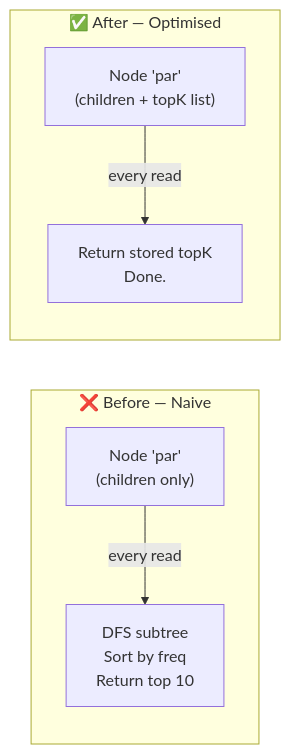
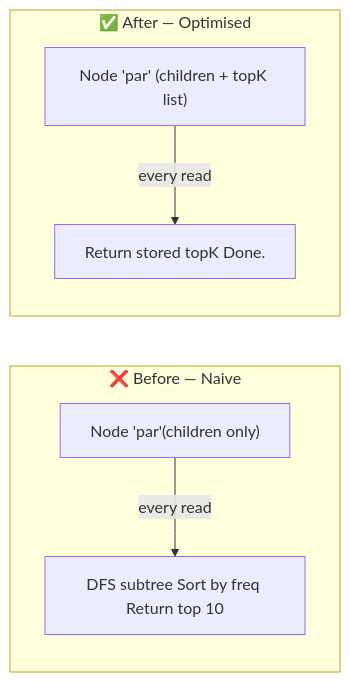
Before and after one commit to Dummy-Bug/system-design-handbook: the second of 3 diagrams in System Design/12-Case-Studies/03-Type-Ahead-System/06 Tries.md, drawn with Mermaid. The commit also changed other lines of this file and 6 other files, not shown here.

````diff
--- a/System Design/12-Case-Studies/03-Type-Ahead-System/06 Tries.md
+++ b/System Design/12-Case-Studies/03-Type-Ahead-System/06 Tries.md
@@ -131,10 +100,10 @@
 ```mermaid
 flowchart LR
     subgraph BEFORE["❌ Before — Naive"]
-        A["Node 'par'\n(children only)"] -- "every read" --> B["DFS subtree\nSort by freq\nReturn top 10"]
+        A["Node 'par'(children only)"] -- "every read" --> B["DFS subtree Sort by freq Return top 10"]
     end
 
     subgraph AFTER["✅ After — Optimised"]
-        C["Node 'par'\n(children + topK list)"] -- "every read" --> D["Return stored topK\nDone."]
+        C["Node 'par' (children + topK list)"] -- "every read" --> D["Return stored topK Done."]
     end
 ```
````
